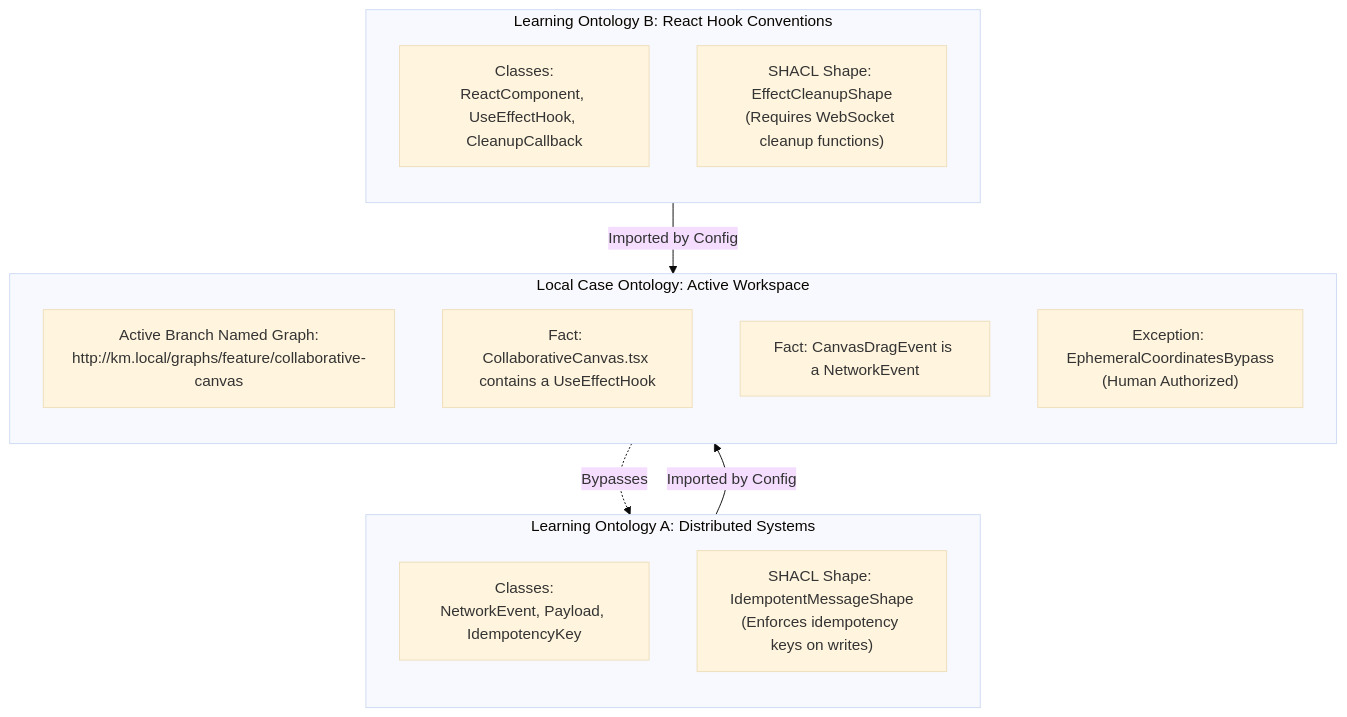
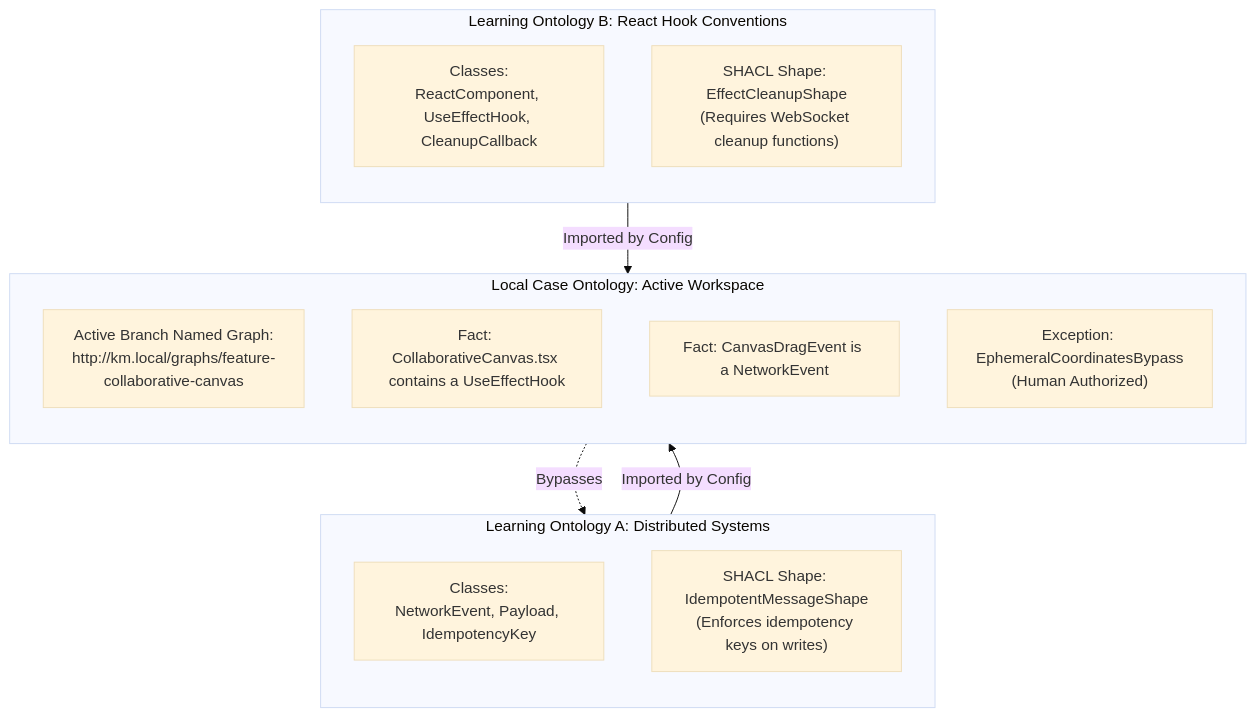
One commit to isaacnugroho/km changed the diagram in docs/simulations/app-feature-simulation.md. Above: the diagram before and after it, drawn with Mermaid (base theme). The commit also changed other lines of this file and 13 other files, not shown here.

````diff
--- a/docs/simulations/app-feature-simulation.md
+++ b/docs/simulations/app-feature-simulation.md
@@ -17,26 +17,26 @@
 ```mermaid
 graph TD
     subgraph LO_A [Learning Ontology A: Distributed Systems]
         direction TB
         DS_Class[Classes:<br>NetworkEvent, Payload, IdempotencyKey]
         DS_Shape["SHACL Shape: IdempotentMessageShape<br>(Enforces idempotency keys on writes)"]
     end
 
     subgraph LO_B [Learning Ontology B: React Hook Conventions]
         direction TB
         React_Class[Classes:<br>ReactComponent, UseEffectHook, CleanupCallback]
         React_Shape["SHACL Shape: EffectCleanupShape<br>(Requires WebSocket cleanup functions)"]
     end
 
     subgraph Case_Ontology [Local Case Ontology: Active Workspace]
         direction TB
-        ActiveGraph["Active Branch Named Graph:<br>http://km.local/graphs/feature/collaborative-canvas"]
+        ActiveGraph["Active Branch Named Graph:<br>http://km.local/graphs/feature-collaborative-canvas"]
         CodeFact1["Fact: CollaborativeCanvas.tsx contains a UseEffectHook"]
         CodeFact2["Fact: CanvasDragEvent is a NetworkEvent"]
         LocalException["Exception: EphemeralCoordinatesBypass<br>(Human Authorized)"]
     end
 
     LO_A -->|Imported by Config| Case_Ontology
     LO_B -->|Imported by Config| Case_Ontology
     LocalException -.->|Bypasses| DS_Shape
 ```
````
